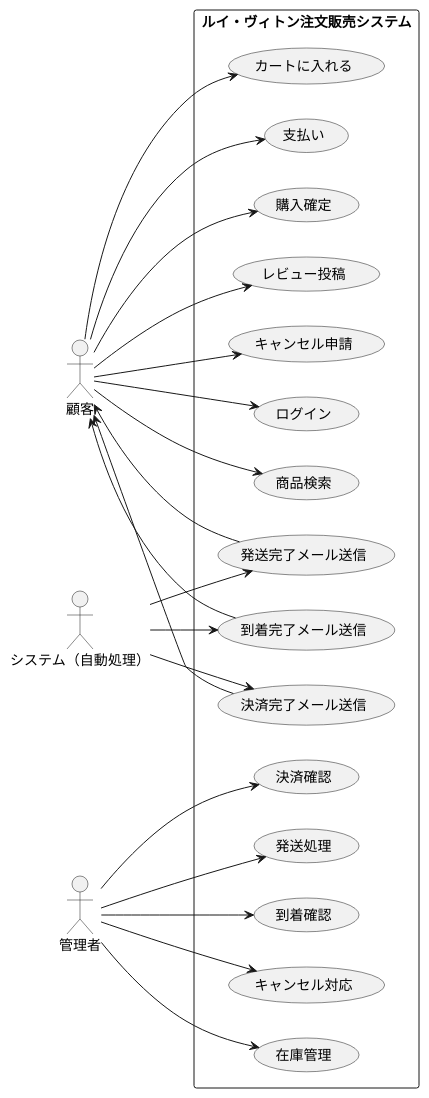
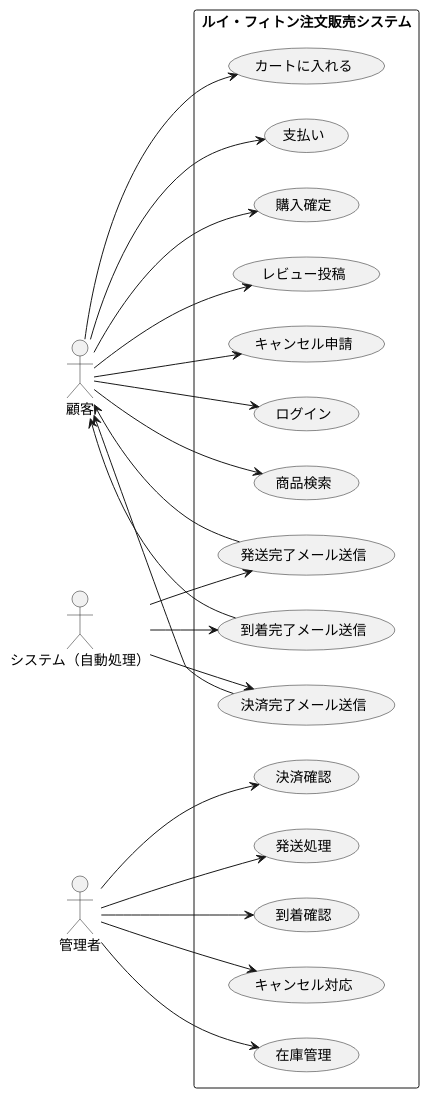
Before and after one commit to mameiku/group3-4: the diagram in ecommerce_usecase.pu, drawn with PlantUML.

Commit message:
微調整

```diff
--- a/ecommerce_usecase.pu
+++ b/ecommerce_usecase.pu
@@ -1,58 +1,58 @@
 @startuml
 left to right direction
 
 actor 顧客
 actor 管理者
 actor "システム（自動処理）" as システム
 
-rectangle "ルイ・ヴィトン注文販売システム" {
+rectangle "ルイ・フィトン注文販売システム" {
 
   ' --- 顧客 ---
   (ログイン)
   (商品検索)
   (カートに入れる)
   (支払い)
   (購入確定)
   (レビュー投稿)
   (キャンセル申請)
 
   ' --- 管理者 ---
   (在庫管理)
   (決済確認)
   (発送処理)
   (到着確認)
   (キャンセル対応)
 
   ' --- システム自動処理 ---
   (決済完了メール送信)
   (発送完了メール送信)
   (到着完了メール送信)
 }
 
 ' 顧客の動き
 顧客 --> (ログイン)
 顧客 --> (商品検索)
 顧客 --> (カートに入れる)
 顧客 --> (支払い)
 顧客 --> (購入確定)
 顧客 --> (レビュー投稿)
 顧客 --> (キャンセル申請)
 
 ' 管理者の動き
 管理者 --> (在庫管理)
 管理者 --> (決済確認)
 管理者 --> (発送処理)
 管理者 --> (到着確認)
 管理者 --> (キャンセル対応)
 
 ' システムの自動処理
 システム --> (決済完了メール送信)
 システム --> (発送完了メール送信)
 システム --> (到着完了メール送信)
 
 ' 自動処理の結果は顧客に通知
 (決済完了メール送信) --> 顧客
 (発送完了メール送信) --> 顧客
 (到着完了メール送信) --> 顧客
 
 @enduml
```
